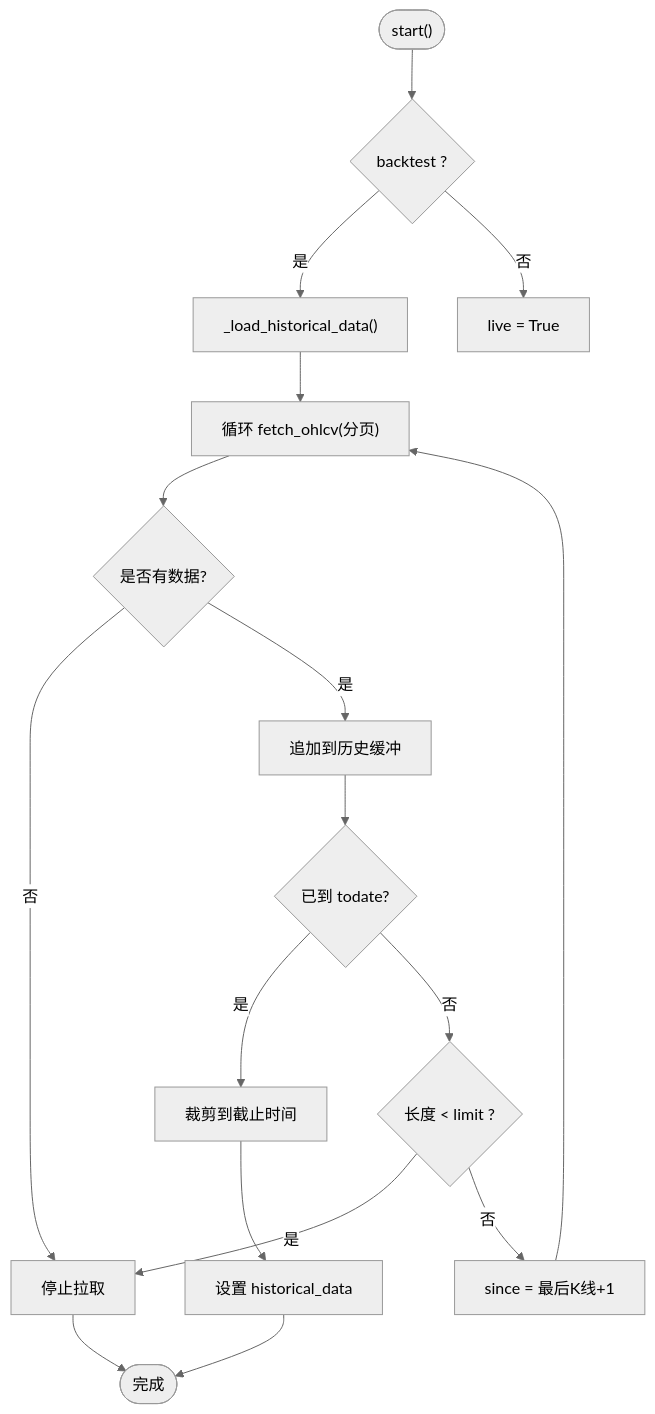
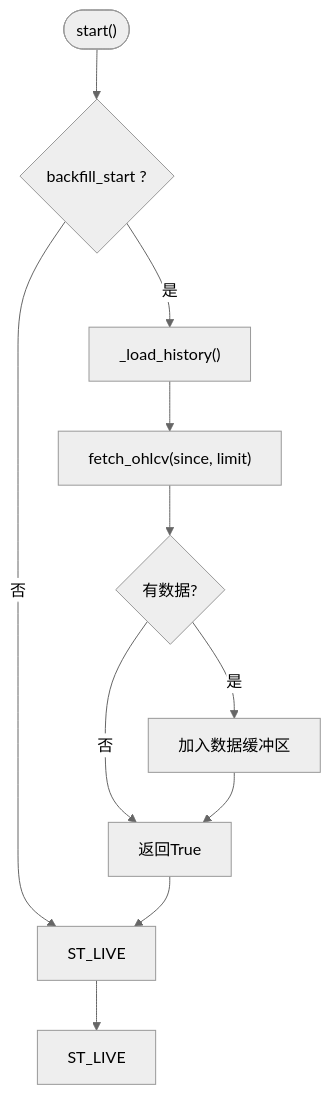
The fourth of 6 diagrams in .qoder/repowiki/zh/content/实盘交易模块/Binance交易所集成/BinanceDataFeed数据层.md (bench-prog/backtrader), drawn with Mermaid (neutral theme) before and after one commit. The commit also changed other lines of this file and 23 other files, not shown here.

````diff
--- a/.qoder/repowiki/zh/content/实盘交易模块/Binance交易所集成/BinanceDataFeed数据层.md
+++ b/.qoder/repowiki/zh/content/实盘交易模块/Binance交易所集成/BinanceDataFeed数据层.md
@@ -182,19 +186,13 @@
 ```mermaid
 flowchart TD
-Start(["start()"]) --> CheckMode{"backtest ?"}
-CheckMode --> |是| LoadHist["_load_historical_data()"]
-CheckMode --> |否| LiveMode["live = True"]
-LoadHist --> FetchLoop["循环 fetch_ohlcv(分页)"]
-FetchLoop --> HasData{"是否有数据?"}
-HasData --> |否| Stop["停止拉取"]
-HasData --> |是| Append["追加到历史缓冲"]
-Append --> CheckTodate{"已到 todate?"}
-CheckTodate --> |是| Truncate["裁剪到截止时间"]
-CheckTodate --> |否| CheckLen{"长度 < limit ?"}
-CheckLen --> |是| Stop
-CheckLen --> |否| NextSince["since = 最后K线+1"]
-NextSince --> FetchLoop
-Truncate --> SetList["设置 historical_data"]
-SetList --> End(["完成"])
-Stop --> End
+Start(["start()"]) --> CheckBackfill{"backfill_start ?"}
+CheckBackfill --> |是| LoadHistory["_load_history()"]
+CheckBackfill --> |否| LiveState["ST_LIVE"]
+LoadHistory --> FetchData["fetch_ohlcv(since, limit)"]
+FetchData --> HasData{"有数据?"}
+HasData --> |否| Success["返回True"]
+HasData --> |是| BufferData["加入数据缓冲区"]
+BufferData --> Success
+Success --> LiveState
+LiveState --> LiveMode["ST_LIVE"]
 ```
````
